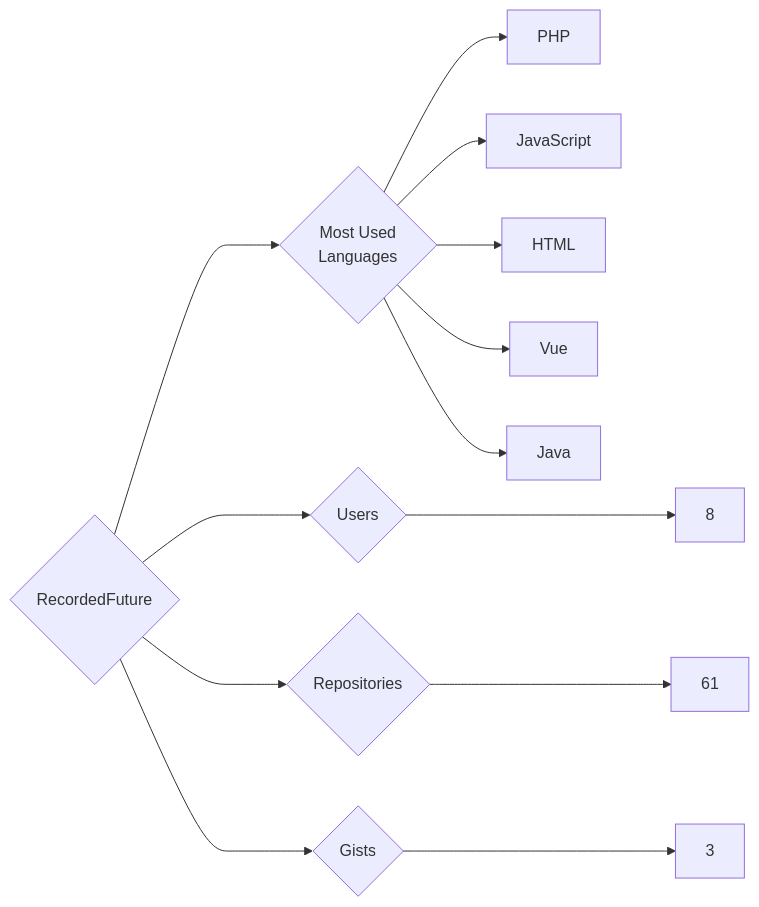
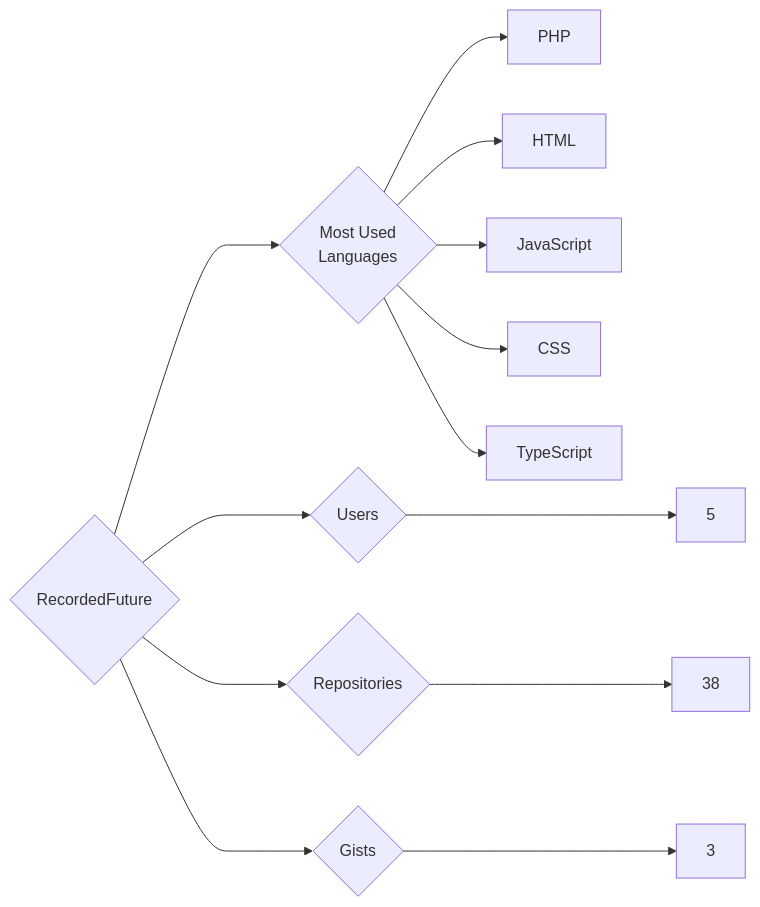
The diagram in targets/RecordedFuture/README.md (trickest/insiders), drawn with Mermaid before and after one commit. The commit also changed 1508 other files, not shown here.

````diff
--- a/targets/RecordedFuture/README.md
+++ b/targets/RecordedFuture/README.md
@@ -3,13 +3,13 @@
 ```mermaid
 graph LR
 COMPANY_NAME{RecordedFuture}
-COMPANY_NAME ---> U{Users} ---> UN[8]
-COMPANY_NAME ---> R{Repositories} ---> RN[61]
+COMPANY_NAME ---> U{Users} ---> UN[5]
+COMPANY_NAME ---> R{Repositories} ---> RN[38]
 COMPANY_NAME ---> G{Gists} ---> GN[3]
 COMPANY_NAME ---> ML{Most Used<br>Languages}
 ML --> PHP[PHP]
+ML --> HTML[HTML]
 ML --> JavaScript[JavaScript]
-ML --> HTML[HTML]
-ML --> Vue[Vue]
-ML --> Java[Java]
+ML --> CSS[CSS]
+ML --> TypeScript[TypeScript]
 ```
````
